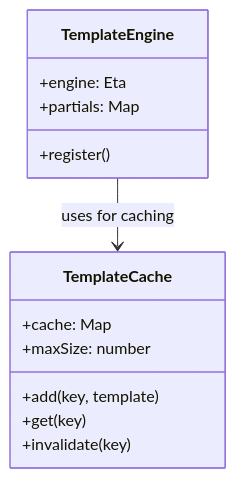
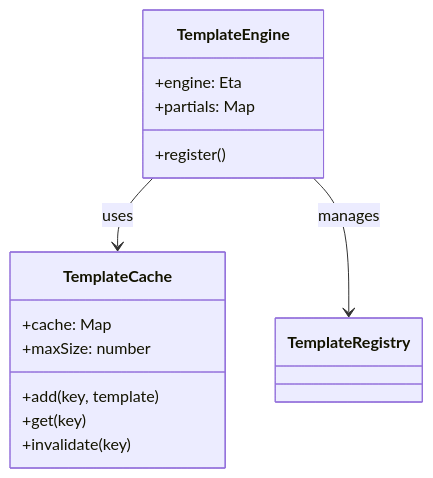
Before and after one commit to daredoes/linked-lovelace-ui: diagram 14 of 22 in docs_site/api-evolution.md, drawn with Mermaid. The commit also changed other lines of this file and 1 other file, not shown here.

First line of the commit message:
Fix all Mermaid diagram syntax errors for v11.12.3 compatibility

````diff
--- a/docs_site/api-evolution.md
+++ b/docs_site/api-evolution.md
@@ -345,18 +334,19 @@
 ```mermaid
 classDiagram
     class TemplateCache {
         +cache: Map
         +maxSize: number
         +add(key, template)
         +get(key)
         +invalidate(key)
     }
     
     class TemplateEngine {
         +engine: Eta
         +partials: Map
         +register()
     }
     
-    TemplateEngine --> TemplateCache : uses for caching
+    TemplateEngine --> TemplateCache : uses
+    TemplateEngine --> TemplateRegistry : manages
 ```
````
